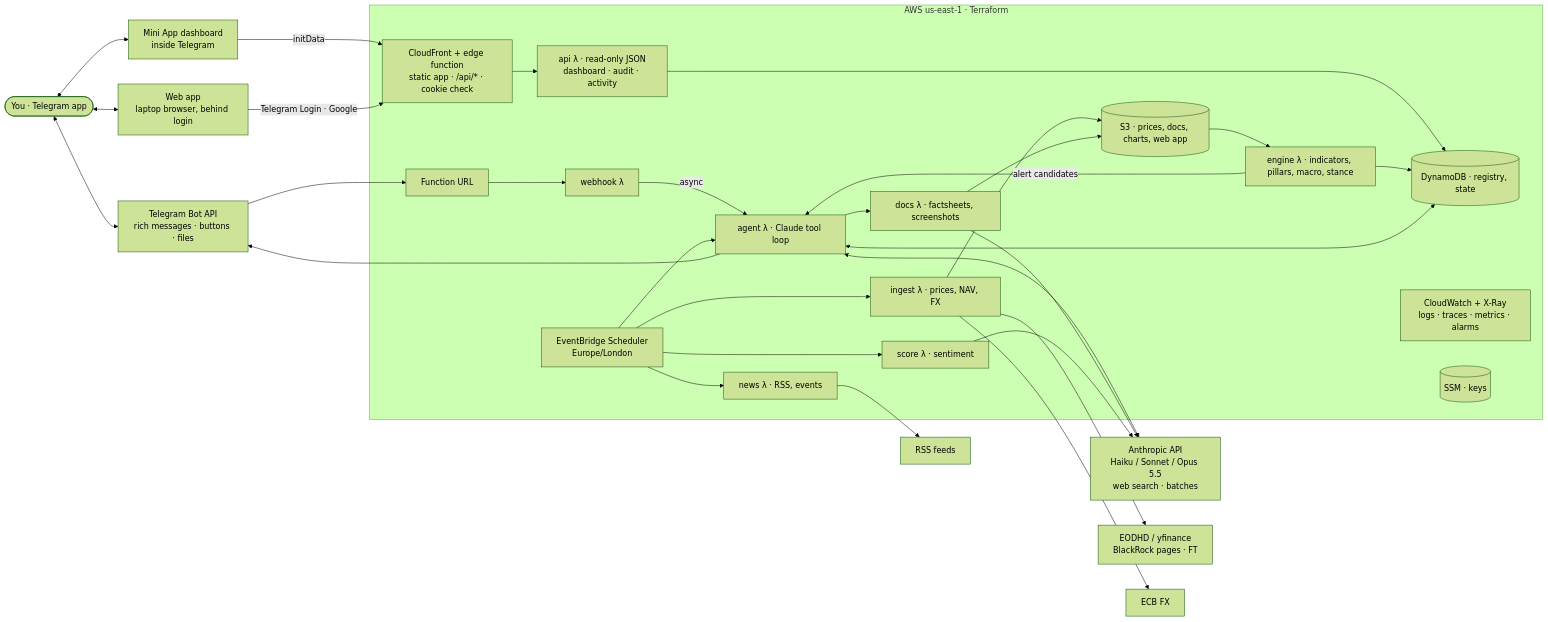
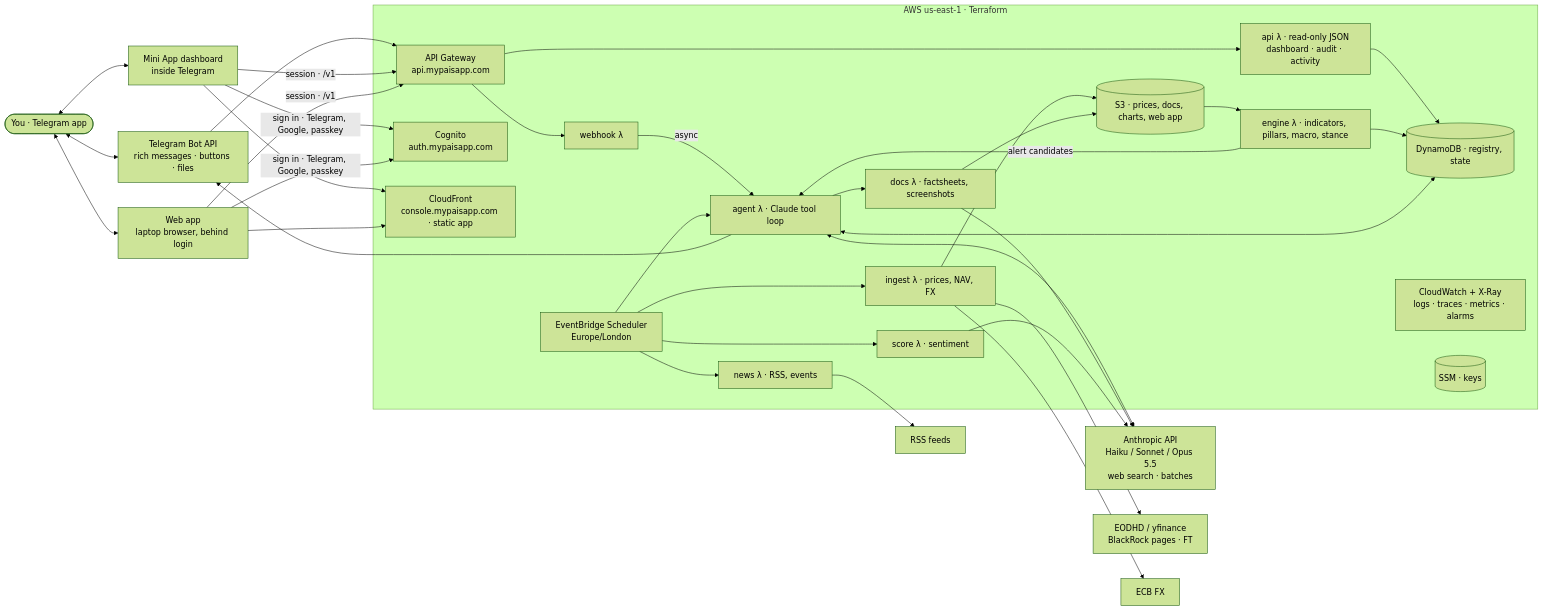
Before and after one commit to gilipersonal/mypaisa-agent: the first of 2 diagrams in ARCHITECTURE.md, drawn with Mermaid (forest theme). The commit also changed other lines of this file and 4 other files, not shown here.

Commit message:
MA-106: Record two environments, the mypaisapp.com domains, Cognito sign-in and Terraform-only delivery

````diff
--- a/ARCHITECTURE.md
+++ b/ARCHITECTURE.md
@@ -93,47 +93,48 @@
 ```mermaid
 flowchart LR
   you([You · Telegram app])
   tg[Telegram Bot API<br/>rich messages · buttons · files]
   mini[Mini App dashboard<br/>inside Telegram]
   web[Web app<br/>laptop browser, behind login]
   subgraph aws[AWS us-east-1 · Terraform]
-    url[Function URL]
+    apigw[API Gateway<br/>api.mypaisapp.com]
+    cog[Cognito<br/>auth.mypaisapp.com]
     hook[webhook λ]
     agent[agent λ · Claude tool loop]
     ingest[ingest λ · prices, NAV, FX]
     engine[engine λ · indicators, pillars, macro, stance]
     news[news λ · RSS, events]
     score[score λ · sentiment]
     docs[docs λ · factsheets, screenshots]
     api[api λ · read-only JSON<br/>dashboard · audit · activity]
-    cf[CloudFront + edge function<br/>static app · /api/* · cookie check]
+    cf[CloudFront<br/>console.mypaisapp.com · static app]
     sched[EventBridge Scheduler<br/>Europe/London]
     ddb[(DynamoDB · registry, state)]
     s3[(S3 · prices, docs, charts, web app)]
     cw[CloudWatch + X-Ray<br/>logs · traces · metrics · alarms]
     ssm[(SSM · keys)]
   end
   br[Anthropic API<br/>Haiku / Sonnet / Opus 5.5<br/>web search · batches]
   mkt[EODHD / yfinance<br/>BlackRock pages · FT]
   ecb[ECB FX]
   rss[RSS feeds]
 
   you <--> tg
   you <--> mini
   you <--> web
-  tg --> url --> hook -- async --> agent
+  tg --> apigw --> hook -- async --> agent
   agent --> tg
-  mini -- initData --> cf
-  web -- Telegram Login · Google --> cf
-  cf --> api --> ddb
+  mini & web --> cf
+  mini & web -- sign in · Telegram, Google, passkey --> cog
+  mini & web -- session · /v1 --> apigw --> api --> ddb
   sched --> ingest & news & score & agent
   ingest --> mkt & ecb
   ingest --> s3 --> engine --> ddb
   engine -- alert candidates --> agent
   agent <--> br
   agent <--> ddb
   agent --> docs --> br
   docs --> s3
   news --> rss
   score --> br
 ```
````
